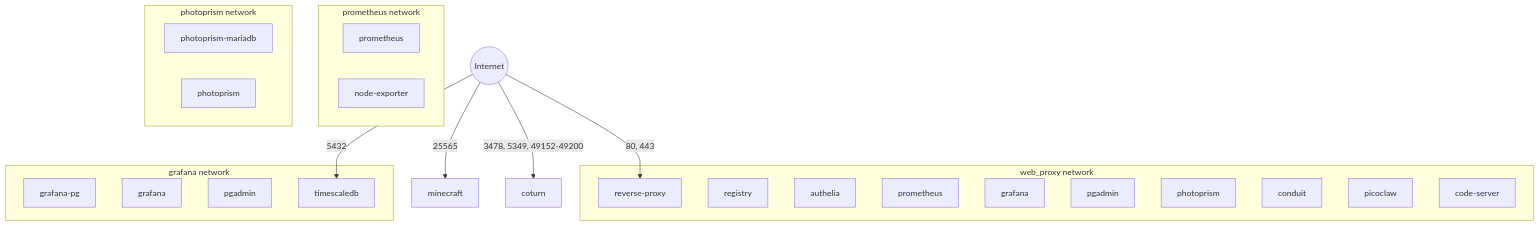
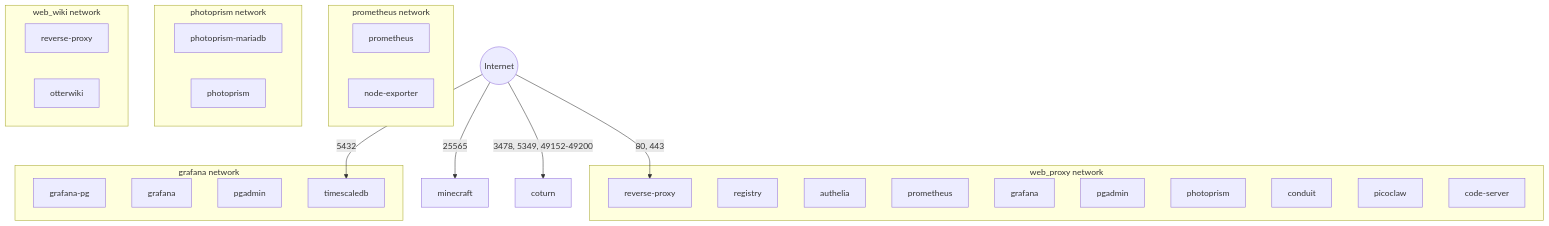
Before and after one commit to Waxolunist/ansible-docker-server: the fourth of 6 diagrams in ARCHITECTURE.md, drawn with Mermaid. The commit also changed other lines of this file and 12 other files, not shown here.

First line of the commit message:
Add Otterwiki at wiki.v-collaborate.com behind Authelia

````diff
--- a/ARCHITECTURE.md
+++ b/ARCHITECTURE.md
@@ -226,37 +227,42 @@
 ```mermaid
 graph TB
     subgraph proxy_net[web_proxy network]
         RP[reverse-proxy]
         REG[registry]
         AUTH[authelia]
         PROM[prometheus]
         GR[grafana]
         PGA[pgadmin]
         PP[photoprism]
         CO[conduit]
         PC[picoclaw]
         CS[code-server]
     end
 
     subgraph prom_net[prometheus network]
         PROM2[prometheus]
         NE[node-exporter]
     end
 
     subgraph graf_net[grafana network]
         GPG[grafana-pg]
         GR2[grafana]
         PGA2[pgadmin]
         TS[timescaledb]
     end
 
     subgraph photo_net[photoprism network]
         PM[photoprism-mariadb]
         PP2[photoprism]
     end
 
+    subgraph wiki_net[web_wiki network]
+        RP2[reverse-proxy]
+        OW[otterwiki]
+    end
+
     INTERNET((Internet)) -->|80, 443| RP
     INTERNET -->|25565| MC[minecraft]
     INTERNET -->|3478, 5349, 49152-49200| CT[coturn]
     INTERNET -->|5432| TS
 ```
````
